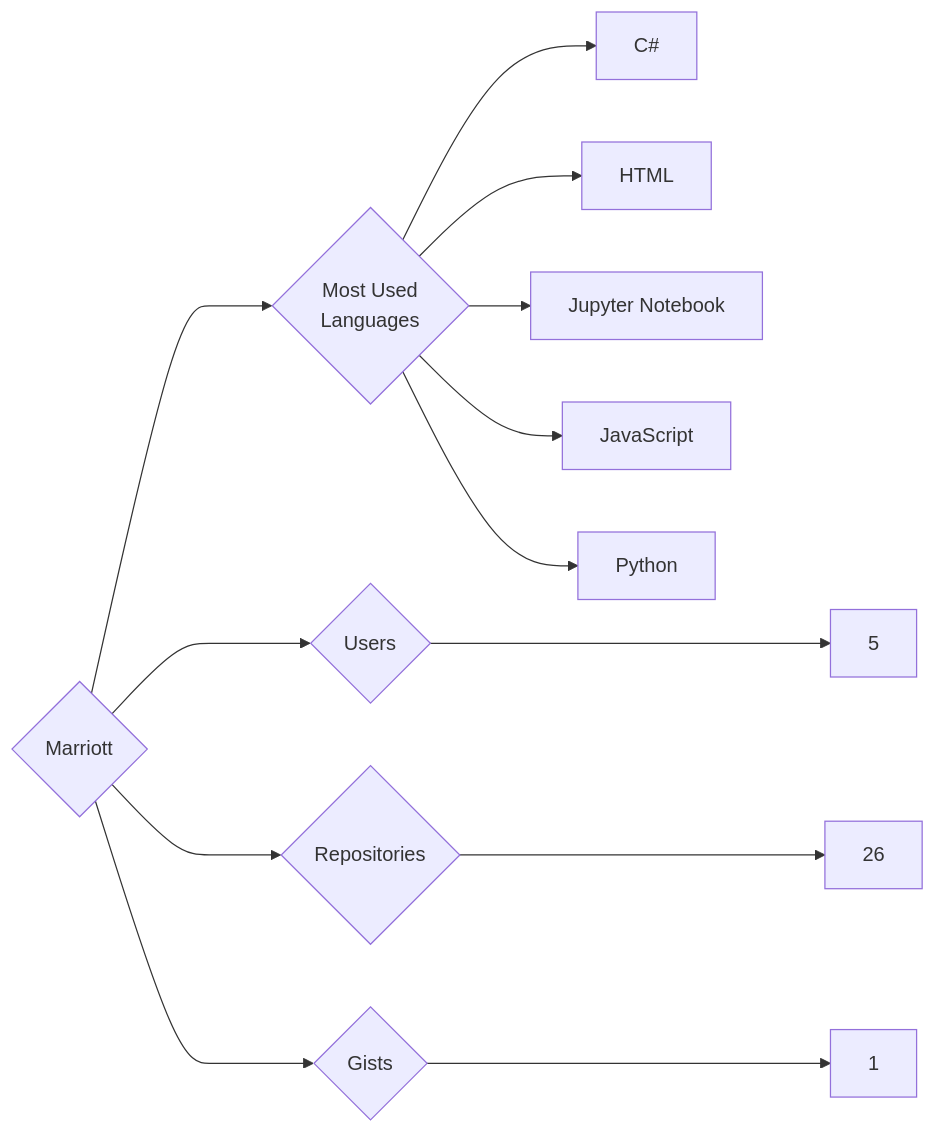
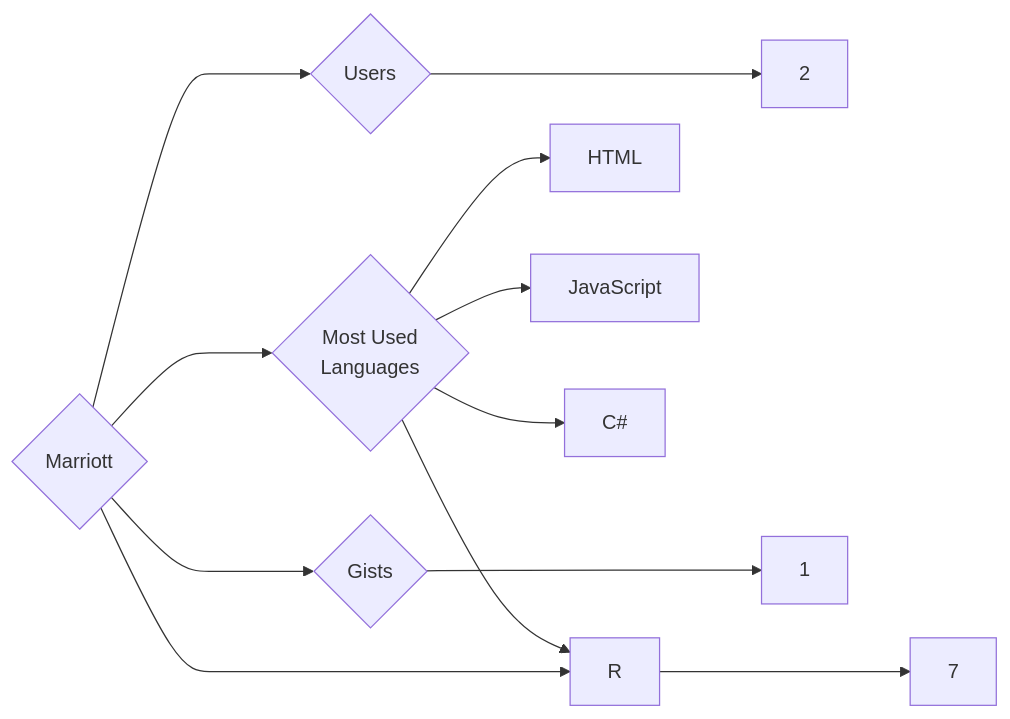
Before and after one commit to trickest/insiders: the diagram in targets/Marriott/README.md, drawn with Mermaid. The commit also changed 797 other files, not shown here.

````diff
--- a/targets/Marriott/README.md
+++ b/targets/Marriott/README.md
@@ -3,13 +3,12 @@
 ```mermaid
 graph LR
 COMPANY_NAME{Marriott}
-COMPANY_NAME ---> U{Users} ---> UN[5]
-COMPANY_NAME ---> R{Repositories} ---> RN[26]
+COMPANY_NAME ---> U{Users} ---> UN[2]
+COMPANY_NAME ---> R{Repositories} ---> RN[7]
 COMPANY_NAME ---> G{Gists} ---> GN[1]
 COMPANY_NAME ---> ML{Most Used<br>Languages}
+ML --> HTML[HTML]
+ML --> R[R]
+ML --> JavaScript[JavaScript]
 ML --> C#[C#]
-ML --> HTML[HTML]
-ML --> Jupyter_Notebook[Jupyter Notebook]
-ML --> JavaScript[JavaScript]
-ML --> Python[Python]
 ```
````
